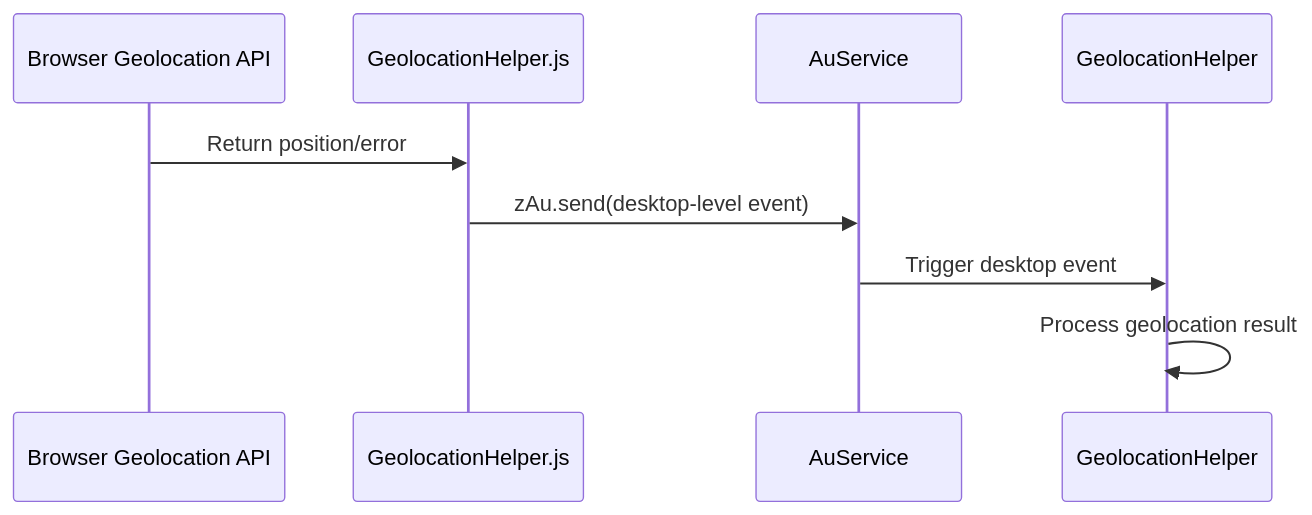
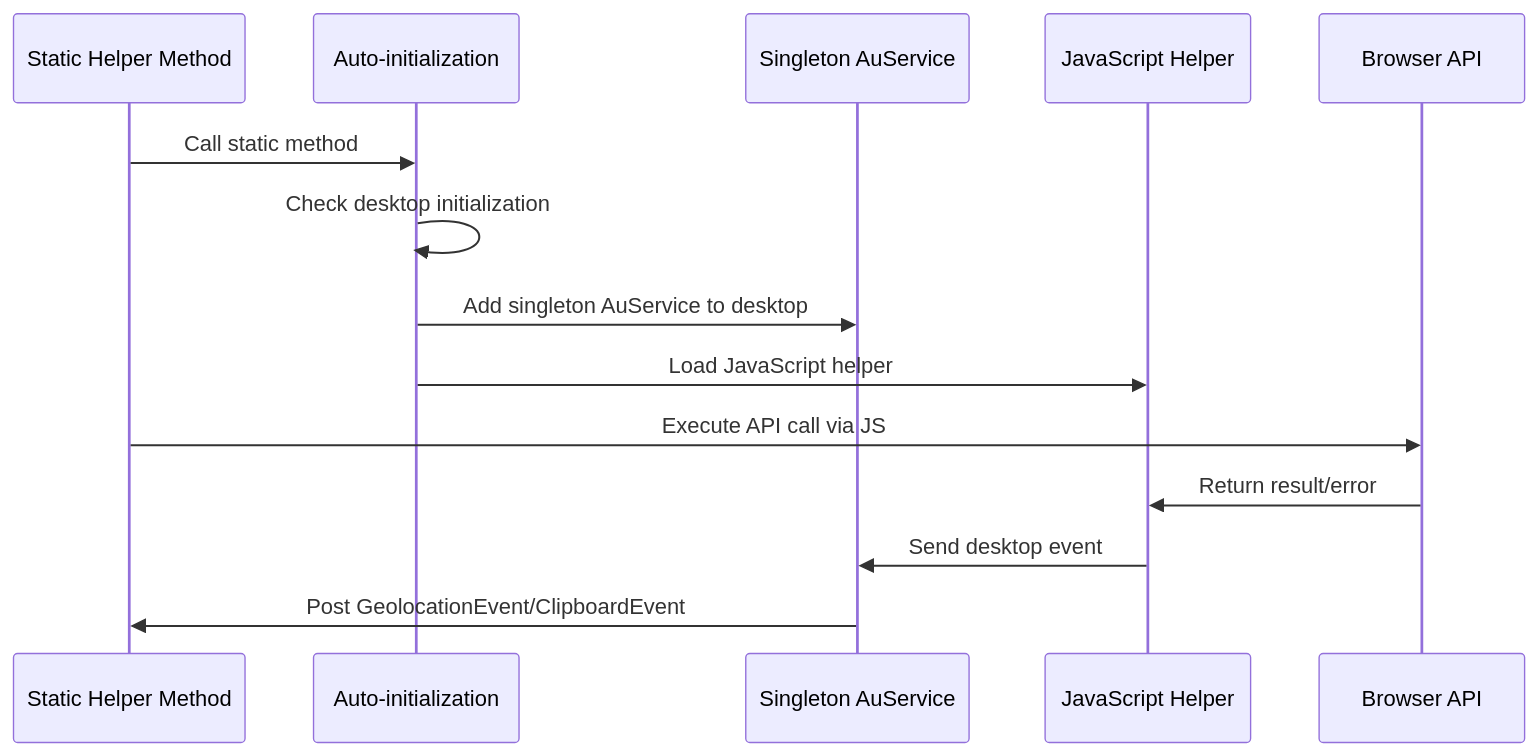
The diagram in README.md (zkoss-demo/browser-kit), drawn with Mermaid before and after one commit. The commit also changed other lines of this file, not shown here.

Commit message:
update readme for architecture

````diff
--- a/README.md
+++ b/README.md
@@ -47,12 +100,17 @@
 ```mermaid
 sequenceDiagram
-    participant Browser as Browser Geolocation API
-    participant JS as GeolocationHelper.js
-    participant AU as AuService
-    participant Java as GeolocationHelper
+    participant Java as Static Helper Method
+    participant Init as Auto-initialization
+    participant AU as Singleton AuService
+    participant JS as JavaScript Helper
+    participant Browser as Browser API
 
-    Browser->>JS: Return position/error
-    JS->>AU: zAu.send(desktop-level event)
-    AU->>Java: Trigger desktop event
-    Java->>Java: Process geolocation result
+    Java->>Init: Call static method
+    Init->>Init: Check desktop initialization
+    Init->>AU: Add singleton AuService to desktop
+    Init->>JS: Load JavaScript helper
+    Java->>Browser: Execute API call via JS
+    Browser->>JS: Return result/error
+    JS->>AU: Send desktop event
+    AU->>Java: Post GeolocationEvent/ClipboardEvent
 ```
````
